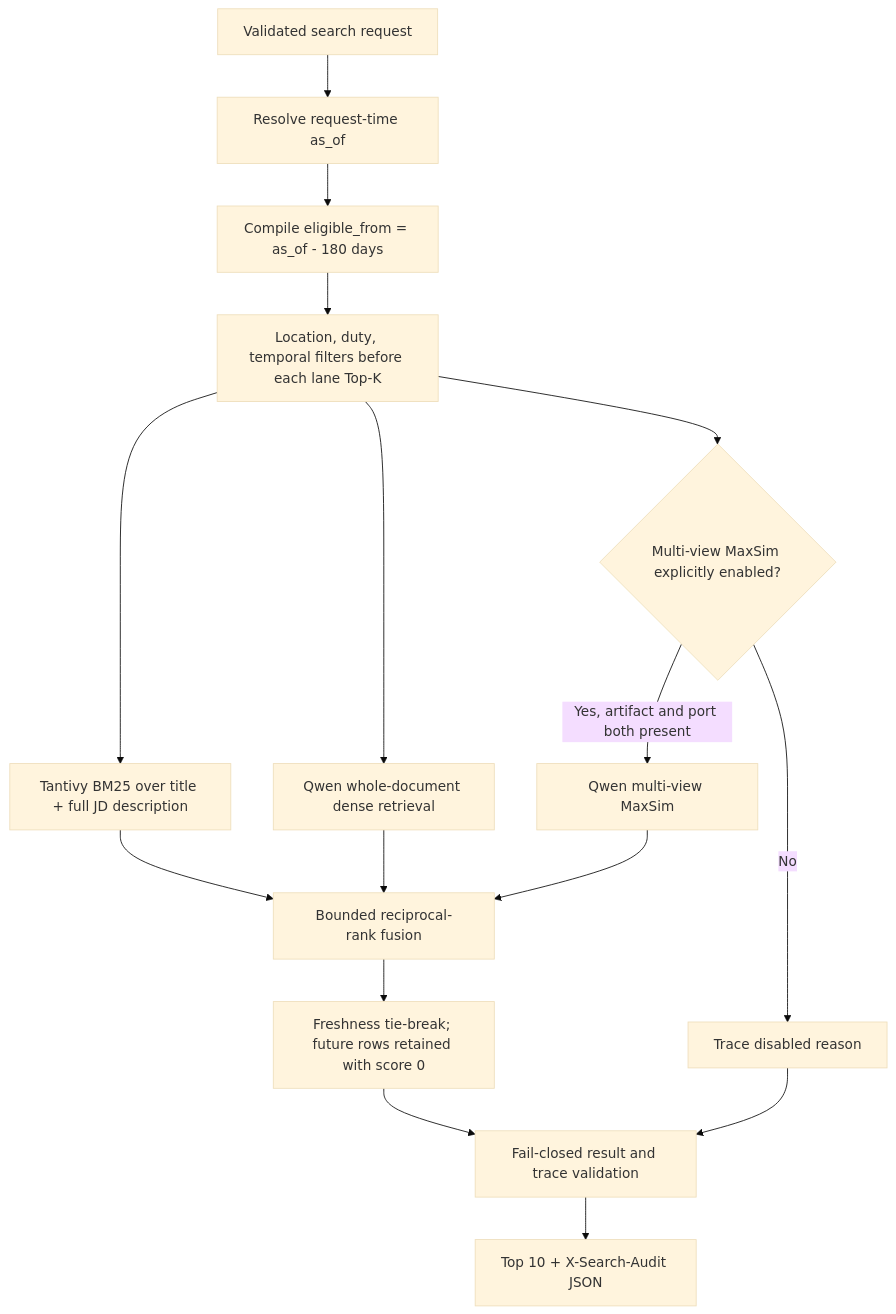
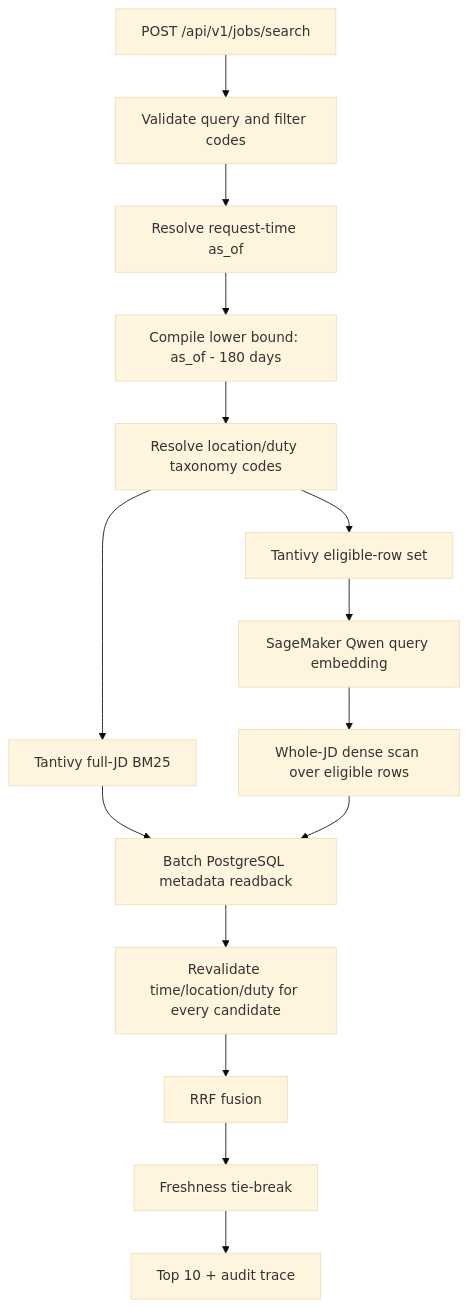
Before and after one commit to TakalaWang/1111-work-retrieval: the diagram in docs/architecture.md, drawn with Mermaid (base theme). The commit also changed other lines of this file and 27 other files, not shown here.

````diff
--- a/docs/architecture.md
+++ b/docs/architecture.md
@@ -54,18 +9,17 @@
 ```mermaid
 flowchart TD
-    Request["Validated search request"] --> Clock["Resolve request-time as_of"]
-    Clock --> Eligible["Compile eligible_from = as_of - 180 days"]
-    Eligible --> Filters["Location, duty, temporal filters before each lane Top-K"]
-    Filters --> BM25["Tantivy BM25 over title + full JD description"]
-    Filters --> Dense["Qwen whole-document dense retrieval"]
-    Filters --> Multi{"Multi-view MaxSim explicitly enabled?"}
-    Multi -->|"Yes, artifact and port both present"| MaxSim["Qwen multi-view MaxSim"]
-    Multi -->|"No"| Disabled["Trace disabled reason"]
-    BM25 --> Fusion["Bounded reciprocal-rank fusion"]
-    Dense --> Fusion
-    MaxSim --> Fusion
-    Fusion --> Freshness["Freshness tie-break; future rows retained with score 0"]
-    Freshness --> Validate["Fail-closed result and trace validation"]
-    Disabled --> Validate
-    Validate --> Response["Top 10 + X-Search-Audit JSON"]
+    A["POST /api/v1/jobs/search"] --> B["Validate query and filter codes"]
+    B --> C["Resolve request-time as_of"]
+    C --> D["Compile lower bound: as_of - 180 days"]
+    D --> E["Resolve location/duty taxonomy codes"]
+    E --> F["Tantivy full-JD BM25"]
+    E --> G["Tantivy eligible-row set"]
+    G --> H["SageMaker Qwen query embedding"]
+    H --> I["Whole-JD dense scan over eligible rows"]
+    F --> J["Batch PostgreSQL metadata readback"]
+    I --> J
+    J --> K["Revalidate time/location/duty for every candidate"]
+    K --> L["RRF fusion"]
+    L --> M["Freshness tie-break"]
+    M --> N["Top 10 + audit trace"]
 ```
````
